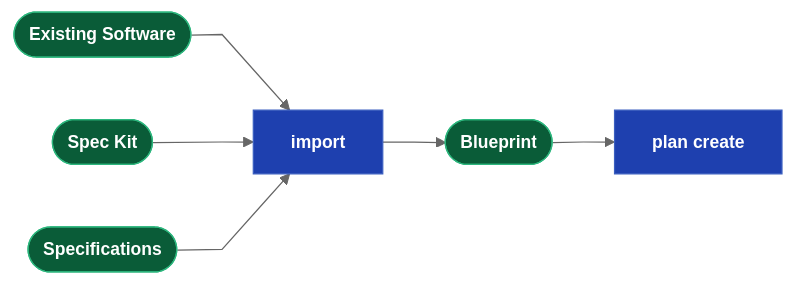
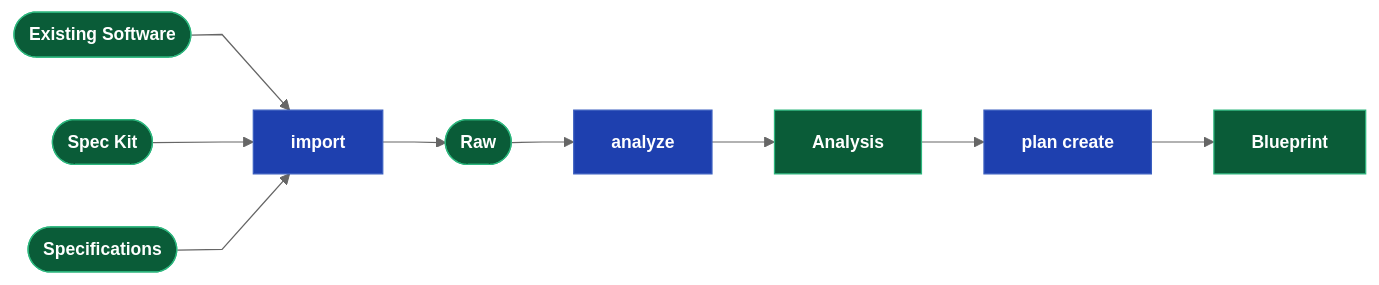
One commit to webcloudstudio/Drydock changed the third of 9 diagrams in docs/Drydock_Specification.md. Above: the diagram before and after it, drawn with Mermaid. The commit also changed other lines of this file and 2 other files, not shown here.

````diff
--- a/docs/Drydock_Specification.md
+++ b/docs/Drydock_Specification.md
@@ -255,16 +187,20 @@
 ```mermaid
 %%{init: {'theme': 'neutral', 'flowchart': {'curve': 'linear'}, 'themeVariables': {'fontSize': '14px'}}}%%
 flowchart LR
   classDef dir    fill:#0a5c38,stroke:#2cb67d,color:#fff,font-weight:bold
   classDef md     fill:#d4a017,stroke:#a07810,color:#111,font-weight:bold
   classDef script fill:#1e40af,stroke:#3b5fc0,color:#fff,font-weight:bold
   classDef prompt fill:#c2410c,stroke:#ea580c,color:#fff,font-weight:bold
   classDef output fill:#6d28d9,stroke:#8b5cf6,color:#fff,font-weight:bold
   classDef web    fill:#be123c,stroke:#fb7185,color:#fff,font-weight:bold
 
   SRC1(["Existing Software"]):::dir --> IMPORT["import"]:::script
   SRC2(["Spec Kit"]):::dir --> IMPORT
   SRC3(["Specifications"]):::dir --> IMPORT
-  IMPORT --> SPEC(["Blueprint"]):::dir
-  SPEC --> PLAN["plan create"]:::script
+  IMPORT --> RAW(["Raw"]):::dir
+  RAW --> ANALYZE["analyze"]:::script
+  ANALYZE --> ANALYSIS["Analysis"]:::dir
+  ANALYSIS --> PLANCREATE["plan create"]:::script
+  PLANCREATE --> PLAN["Blueprint"]:::dir
+
 ```
````
